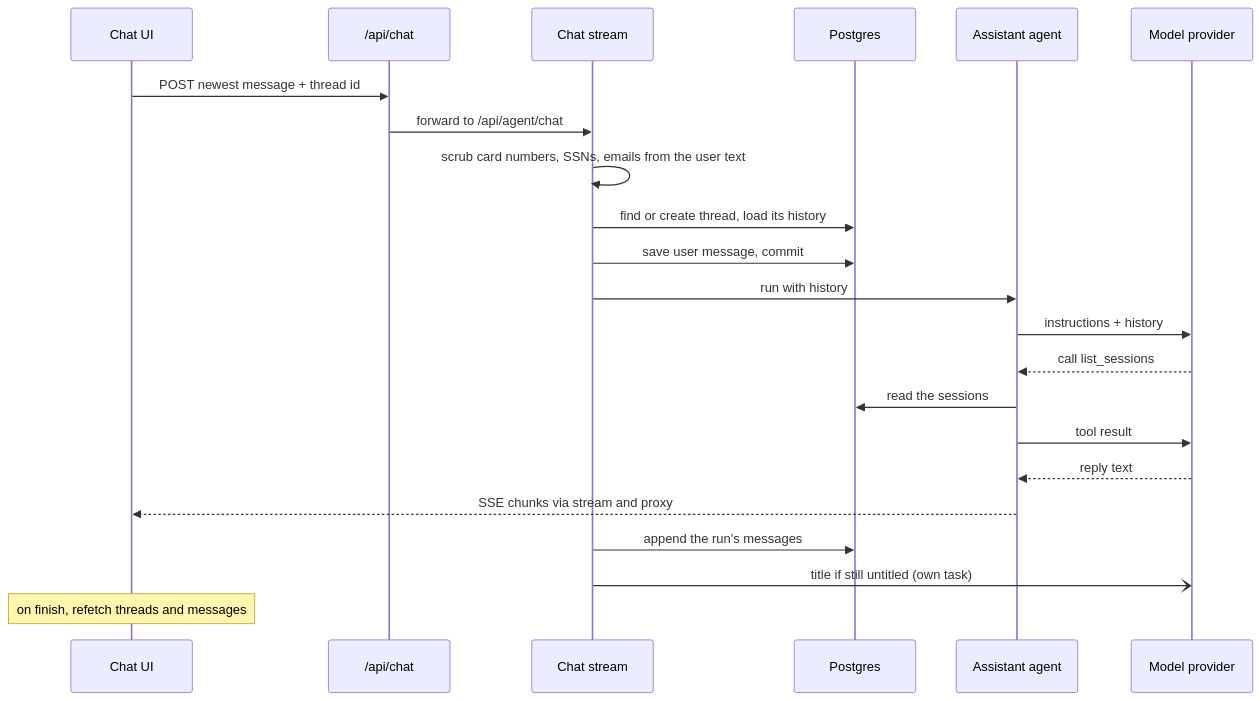
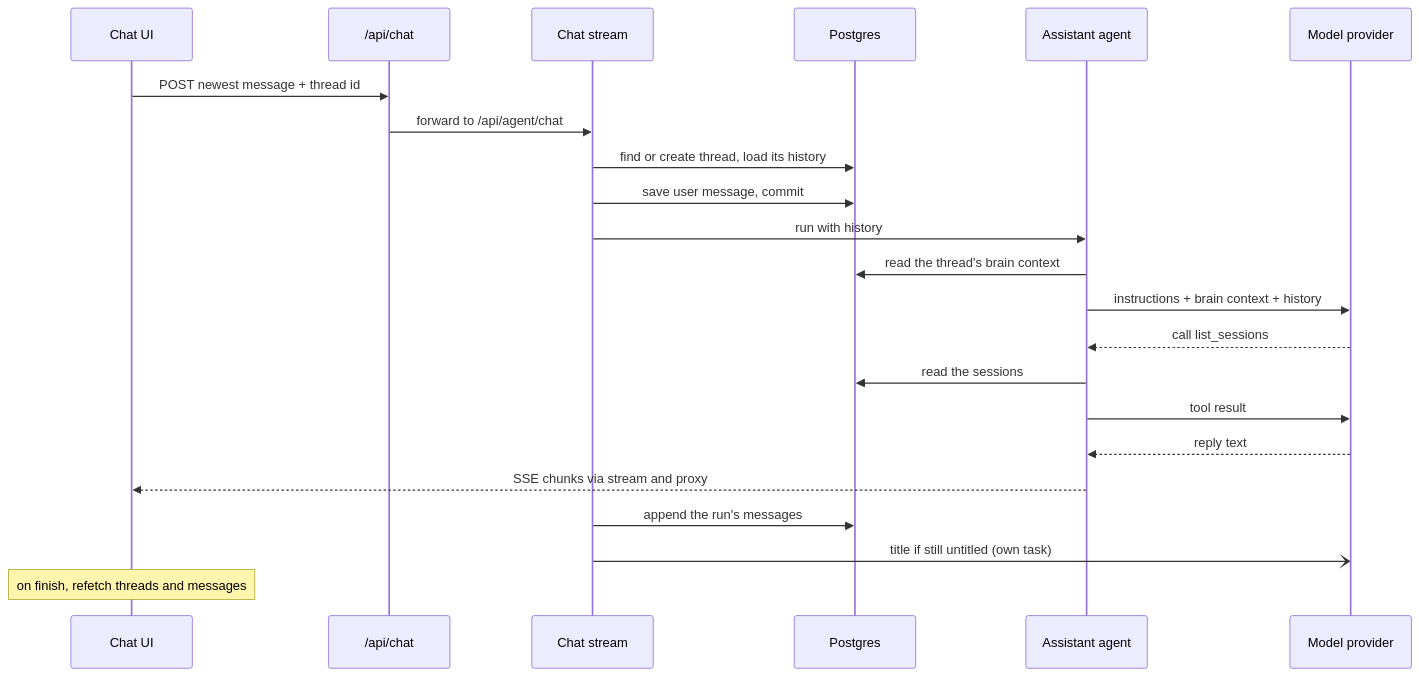
One commit to LukeMainwaring/cortexdj changed the diagram in docs/architecture/one-chat-turn.md. Above: the diagram before and after it, drawn with Mermaid. The commit also changed other lines of this file and 3 other files, not shown here.

First line of the commit message:
docs(port): describe this repo's slices, seams, and ml kernel in the architecture guide

````diff
--- a/docs/architecture/one-chat-turn.md
+++ b/docs/architecture/one-chat-turn.md
@@ -11,25 +11,25 @@
 ```mermaid
 sequenceDiagram
     participant UI as Chat UI
     participant Proxy as /api/chat
     participant Stream as Chat stream
     participant DB as Postgres
     participant Agent as Assistant agent
     participant Model as Model provider
 
     UI->>Proxy: POST newest message + thread id
     Proxy->>Stream: forward to /api/agent/chat
-    Stream->>Stream: scrub card numbers, SSNs, emails from the user text
     Stream->>DB: find or create thread, load its history
     Stream->>DB: save user message, commit
     Stream->>Agent: run with history
-    Agent->>Model: instructions + history
+    Agent->>DB: read the thread's brain context
+    Agent->>Model: instructions + brain context + history
     Model-->>Agent: call list_sessions
     Agent->>DB: read the sessions
     Agent->>Model: tool result
     Model-->>Agent: reply text
     Agent-->>UI: SSE chunks via stream and proxy
     Stream->>DB: append the run's messages
     Stream-)Model: title if still untitled (own task)
     Note over UI: on finish, refetch threads and messages
 ```
````
